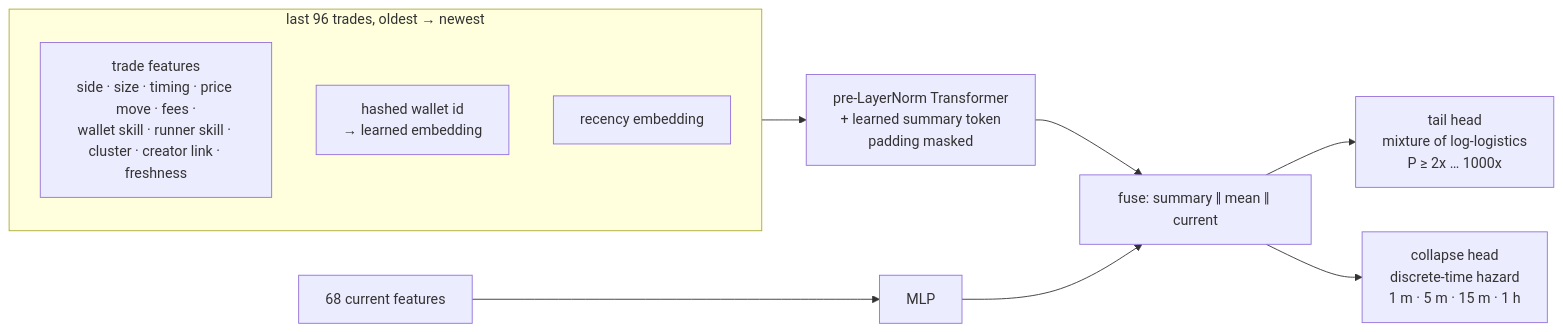
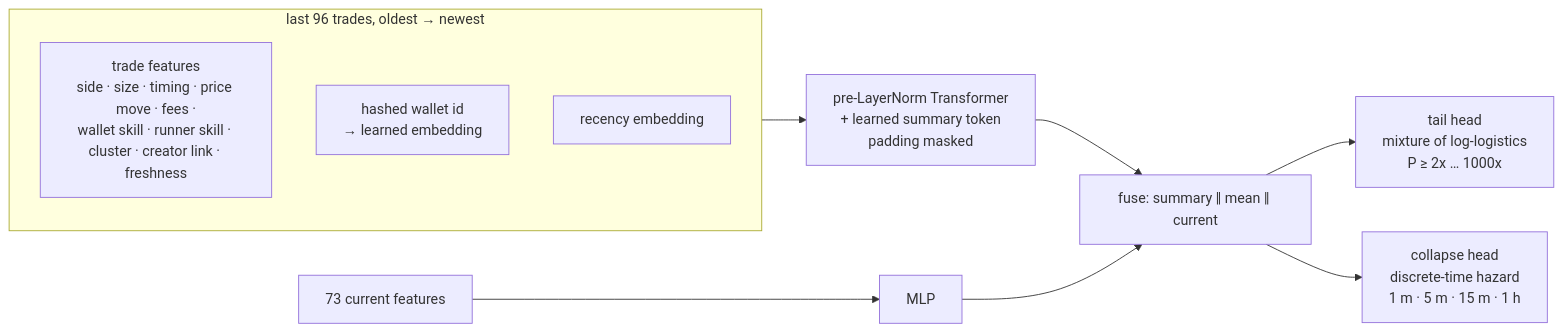
One commit to paloaltovisitor57-cloud/Machines-learning-at-full-speed changed the diagram in docs/TAPE.md. Above: the diagram before and after it, drawn with Mermaid. The commit also changed other lines of this file and 13 other files, not shown here.

First line of the commit message:
Add the criticality engine: online Hawkes branching ratios of trade flow

````diff
--- a/docs/TAPE.md
+++ b/docs/TAPE.md
@@ -7,14 +7,14 @@
 ```mermaid
 flowchart LR
     subgraph TAPE[last 96 trades, oldest → newest]
         T1[trade features<br/>side · size · timing · price move · fees ·<br/>wallet skill · runner skill · cluster · creator link · freshness]
         W1[hashed wallet id<br/>→ learned embedding]
         R1[recency embedding]
     end
     TAPE --> ENC[pre-LayerNorm Transformer<br/>+ learned summary token<br/>padding masked]
-    CUR[68 current features] --> MLP[MLP]
+    CUR[73 current features] --> MLP[MLP]
     ENC --> FUSE[fuse: summary ‖ mean ‖ current]
     MLP --> FUSE
     FUSE --> TAIL[tail head<br/>mixture of log-logistics<br/>P ≥ 2x … 1000x]
     FUSE --> HAZ[collapse head<br/>discrete-time hazard<br/>1 m · 5 m · 15 m · 1 h]
 ```
````
